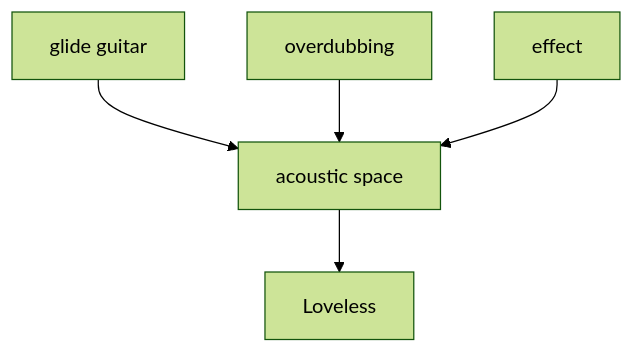
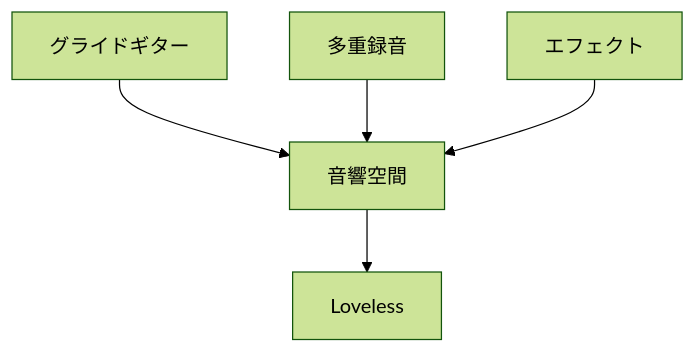
One commit to monumental-movement/monumental-movement.github.io changed the second of 10 diagrams in en/_posts/2026-07-03-column-influential-album-07.md. Above: the diagram before and after it, drawn with Mermaid (forest theme). The commit also changed other lines of this file and 2196 other files, not shown here.

```diff
--- a/en/_posts/2026-07-03-column-influential-album-07.md
+++ b/en/_posts/2026-07-03-column-influential-album-07.md
@@ -441,15 +439,15 @@
 <div class="mermaid">
 flowchart TD
 
-A[glide guitar]
-B[overdubbing]
-C[effect]
-D[acoustic space]
+A[グライドギター]
+B[多重録音]
+C[エフェクト]
+D[音響空間]
 E[Loveless]
 
 A --> D
 B --> D
 C --> D
 D --> E
 
 </div>
```
